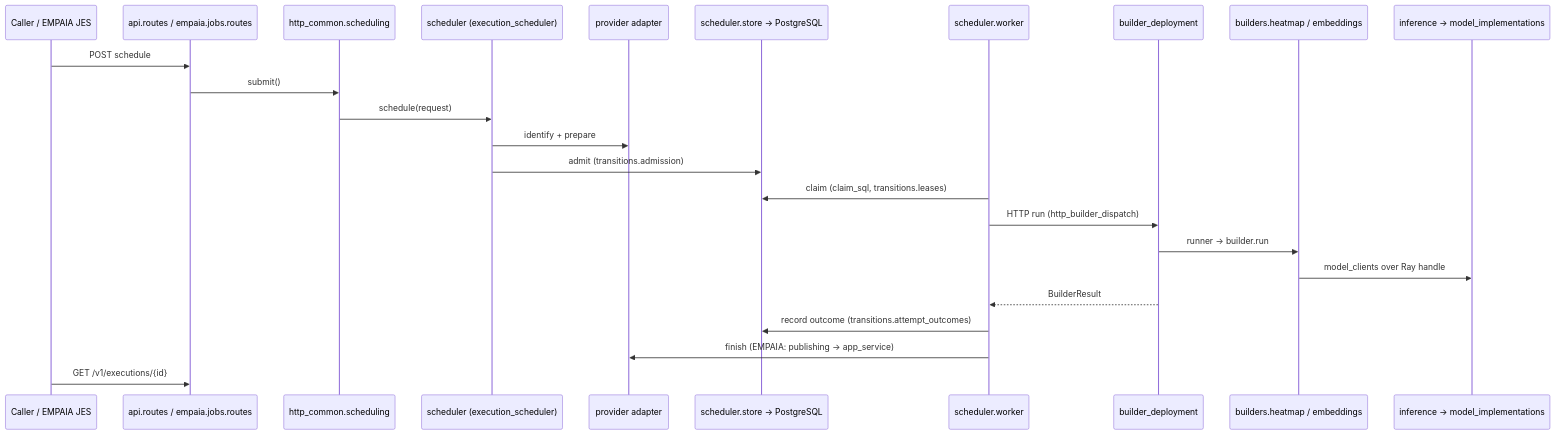
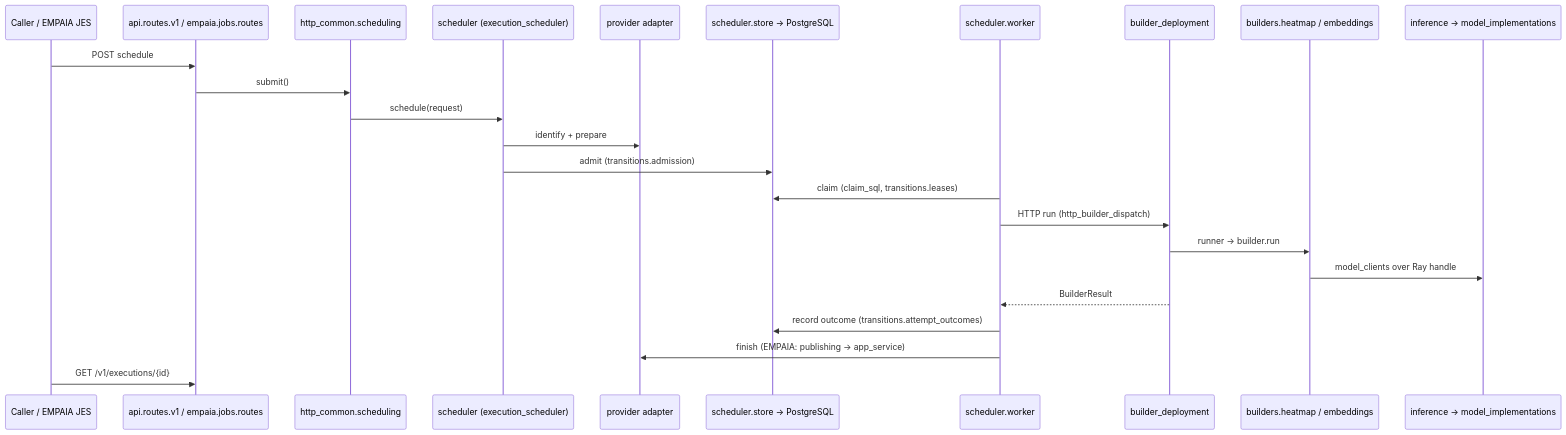
Before and after one commit to stefanpeknik/model-service: the second of 2 diagrams in docs/architecture/module-graph.md, drawn with Mermaid. The commit also changed other lines of this file and 8 other files, not shown here.

Commit message:
refactor: serve the public routes from api/routes/v1/

````diff
--- a/docs/architecture/module-graph.md
+++ b/docs/architecture/module-graph.md
@@ -84,27 +84,27 @@
 ```mermaid
 sequenceDiagram
   participant C as Caller / EMPAIA JES
-  participant R as api.routes / empaia.jobs.routes
+  participant R as api.routes.v1 / empaia.jobs.routes
   participant H as http_common.scheduling
   participant S as scheduler (execution_scheduler)
   participant P as provider adapter
   participant DB as scheduler.store → PostgreSQL
   participant W as scheduler.worker
   participant B as builder_deployment
   participant BL as builders.heatmap / embeddings
   participant M as inference → model_implementations
 
   C->>R: POST schedule
   R->>H: submit()
   H->>S: schedule(request)
   S->>P: identify + prepare
   S->>DB: admit (transitions.admission)
   W->>DB: claim (claim_sql, transitions.leases)
   W->>B: HTTP run (http_builder_dispatch)
   B->>BL: runner → builder.run
   BL->>M: model_clients over Ray handle
   B-->>W: BuilderResult
   W->>DB: record outcome (transitions.attempt_outcomes)
   W->>P: finish (EMPAIA: publishing → app_service)
   C->>R: GET /v1/executions/{id}
 ```
````
